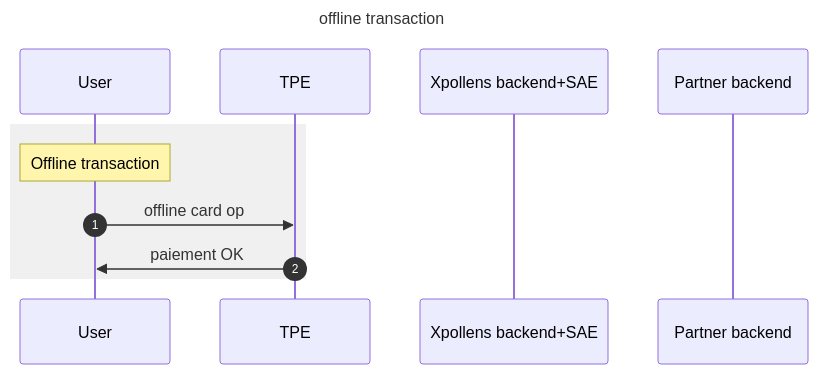
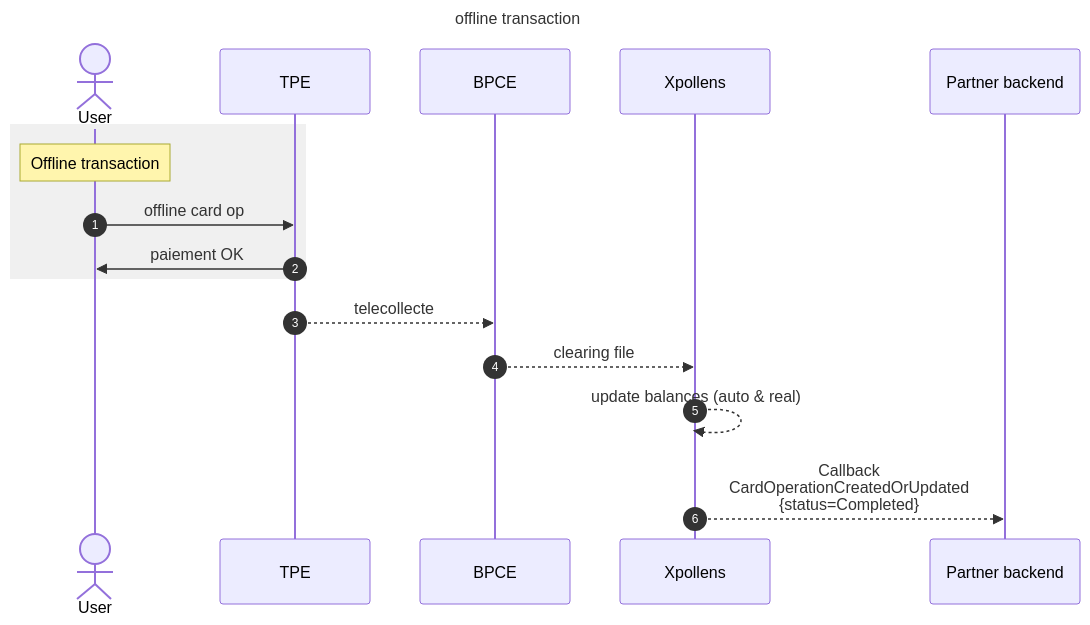
Before and after one commit to pomme-clic/s-money-documentation: the first of 2 diagrams in docs/usecases/cards/operations/OfflineCardOperations.md, drawn with Mermaid. The commit also changed other lines of this file, not shown here.

````diff
--- a/docs/usecases/cards/operations/OfflineCardOperations.md
+++ b/docs/usecases/cards/operations/OfflineCardOperations.md
@@ -9,15 +10,21 @@
 ```mermaid
 sequenceDiagram
 title: offline transaction
 autonumber
-participant u as User
-participant t as TPE
-participant xb as Xpollens backend+SAE
-participant pb as Partner backend
-#participant ua as Partner application
+Actor User
+participant TPE
+participant BPCE
+participant Xpollens
+participant Partner backend
+#participant Partner application
 rect rgb(240,240, 240)
-		Note over u: Offline transaction
-		u ->> t: offline card op
-		t ->> u: paiement OK
+        Note over User: Offline transaction
+        User ->> TPE: offline card op
+        TPE ->> User: paiement OK
 end
+
+TPE -->> BPCE: telecollecte
+BPCE-->>Xpollens: clearing file
+Xpollens-->>Xpollens: update balances (auto & real)
+Xpollens-->>Partner backend: Callback <br/> CardOperationCreatedOrUpdated <br/> {status=Completed} 
 ```
````
